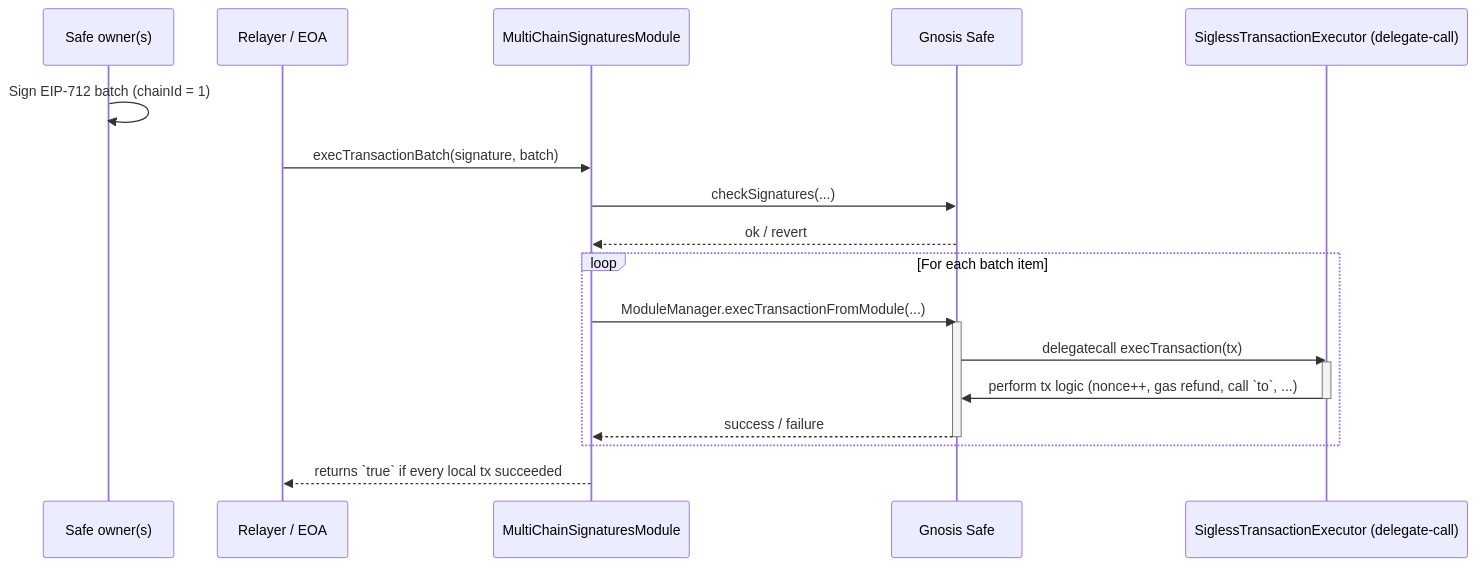
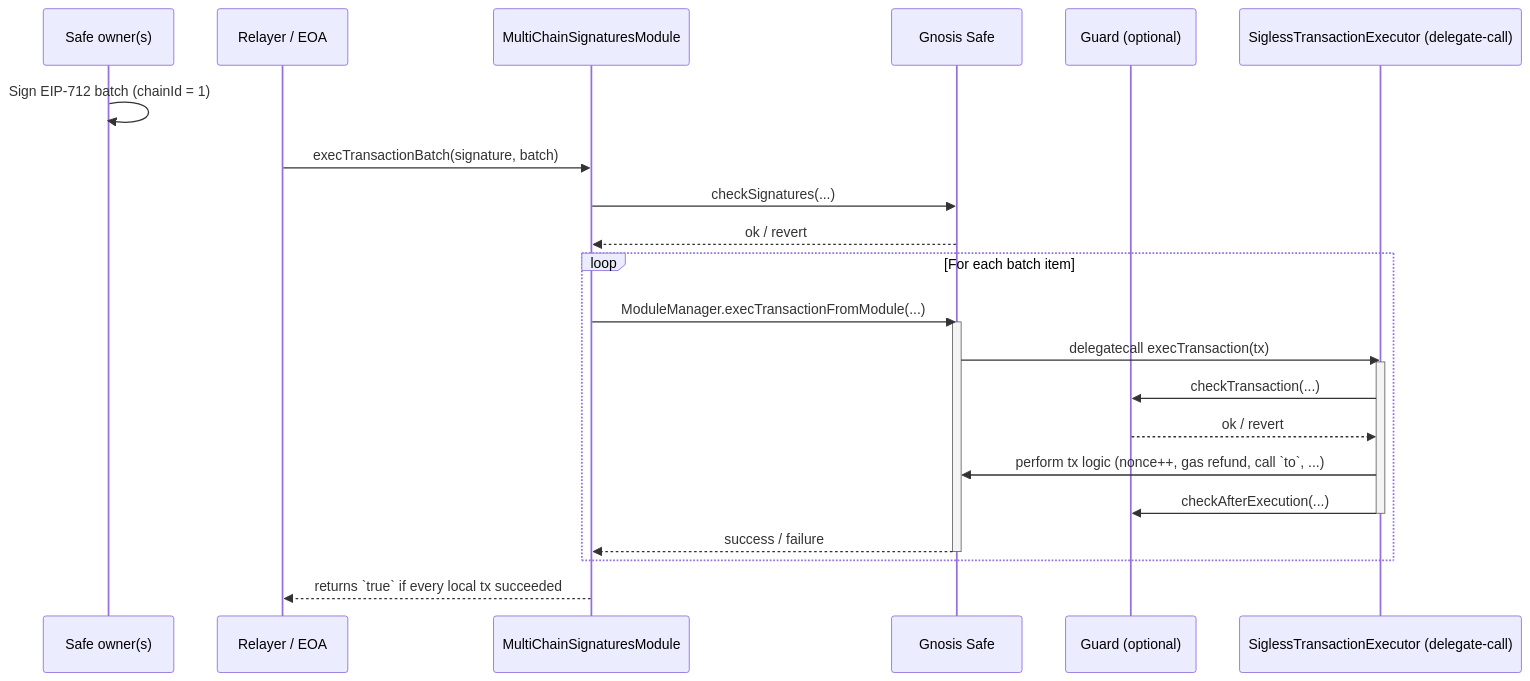
One commit to ultrasoundlabs/safe-multichain-signatures changed the diagram in README.md. Above: the diagram before and after it, drawn with Mermaid. The commit also changed other lines of this file and 12 other files, not shown here.

````diff
--- a/README.md
+++ b/README.md
@@ -32,24 +32,28 @@
 ```mermaid
 sequenceDiagram
     participant Owner as Safe owner(s)
     participant Relayer as Relayer / EOA
     participant Module as MultiChainSignaturesModule
     participant Safe as Gnosis Safe
+    participant Guard as Guard (optional)
     participant Exec as SiglessTransactionExecutor (delegate-call)
 
     Owner->>Owner: Sign EIP-712 batch (chainId = 1)
     Relayer->>Module: execTransactionBatch(signature, batch)
     Module->>Safe: checkSignatures(...)
     Safe-->>Module: ok / revert
     loop For each batch item
         Module->>Safe: ModuleManager.execTransactionFromModule(...)
         activate Safe
         Safe->>Exec: delegatecall execTransaction(tx)
         activate Exec
+        Exec->>Guard: checkTransaction(...)
+        Guard-->>Exec: ok / revert
         Exec->>Safe: perform tx logic (nonce++, gas refund, call `to`, ...)
+        Exec->>Guard: checkAfterExecution(...)
         deactivate Exec
         Safe-->>Module: success / failure
         deactivate Safe
     end
     Module-->>Relayer: returns `true` if every local tx succeeded
 ```
````
